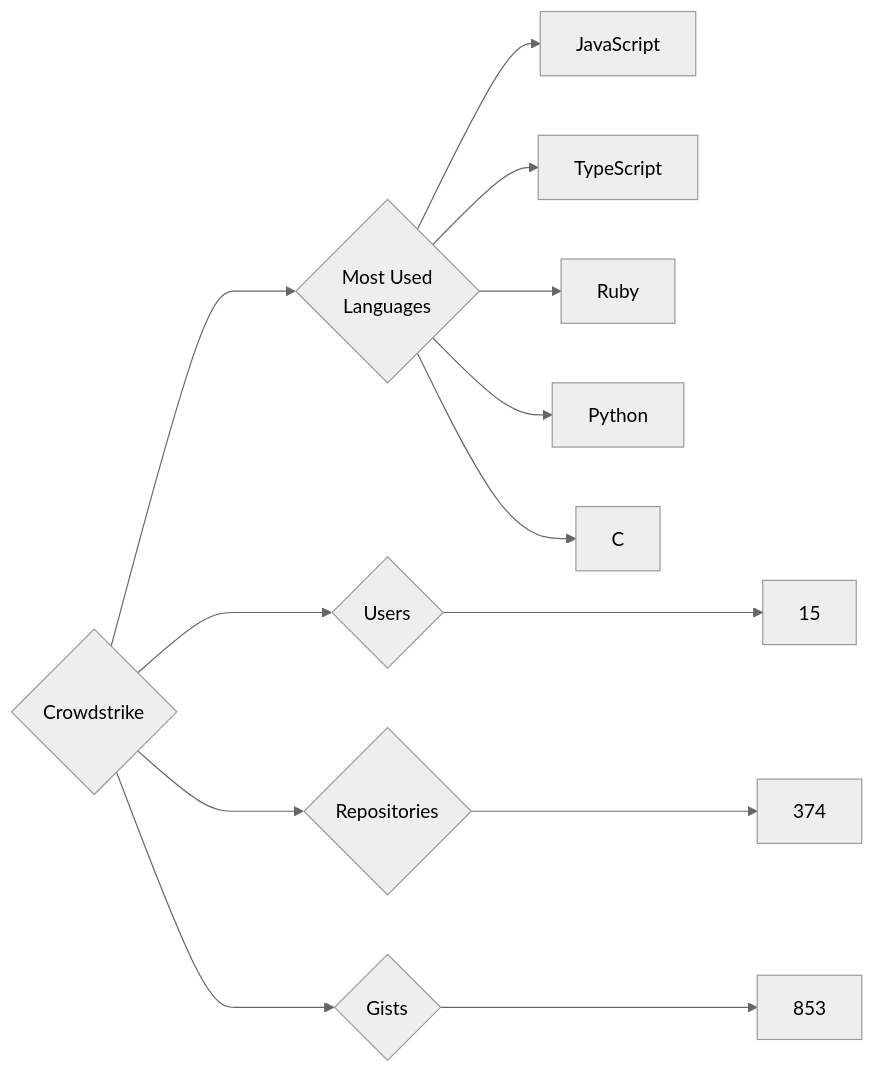
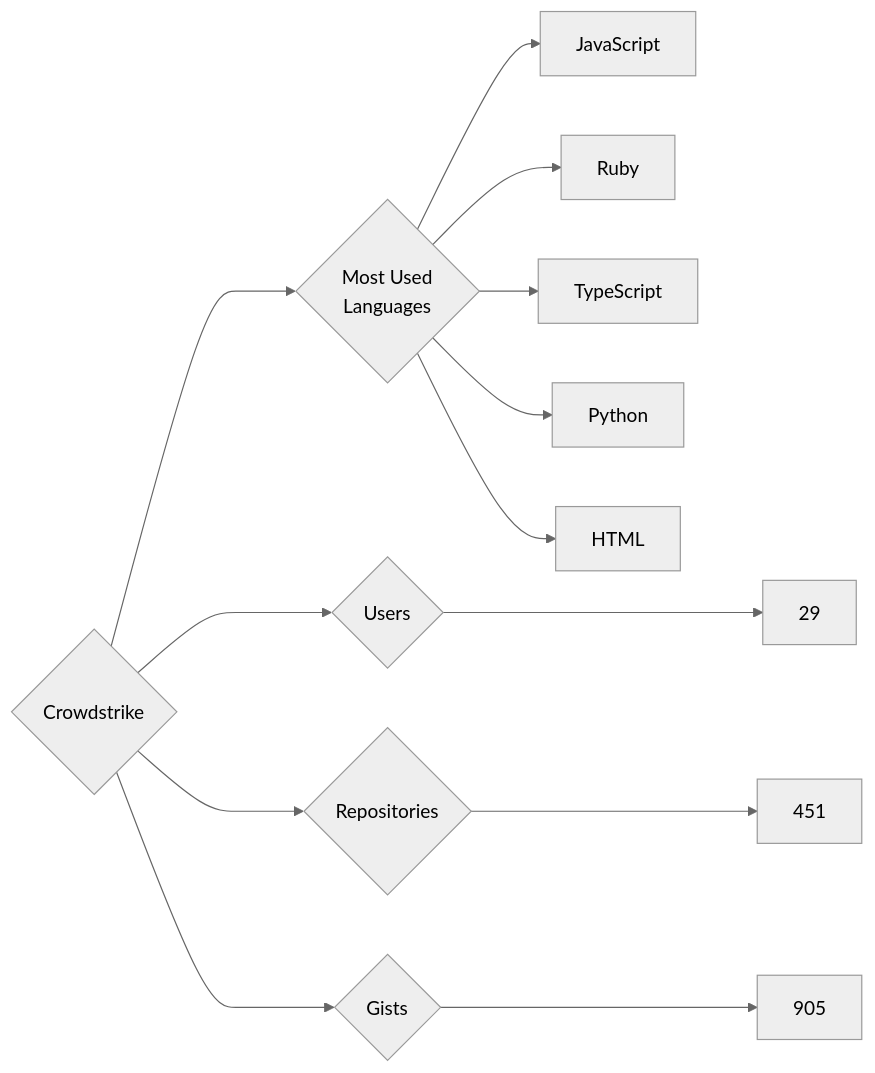
The diagram in targets/Crowdstrike/README.md (trickest/insiders), drawn with Mermaid (neutral theme) before and after one commit. The commit also changed 640 other files, not shown here.

````diff
--- a/targets/Crowdstrike/README.md
+++ b/targets/Crowdstrike/README.md
@@ -3,13 +3,13 @@
 ```mermaid
 graph LR
 COMPANY_NAME{Crowdstrike}
-COMPANY_NAME ---> U{Users} ---> UN[15]
-COMPANY_NAME ---> R{Repositories} ---> RN[374]
-COMPANY_NAME ---> G{Gists} ---> GN[853]
+COMPANY_NAME ---> U{Users} ---> UN[29]
+COMPANY_NAME ---> R{Repositories} ---> RN[451]
+COMPANY_NAME ---> G{Gists} ---> GN[905]
 COMPANY_NAME ---> ML{Most Used<br>Languages}
 ML --> JavaScript[JavaScript]
+ML --> Ruby[Ruby]
 ML --> TypeScript[TypeScript]
-ML --> Ruby[Ruby]
 ML --> Python[Python]
-ML --> C[C]
+ML --> HTML[HTML]
 ```
````
